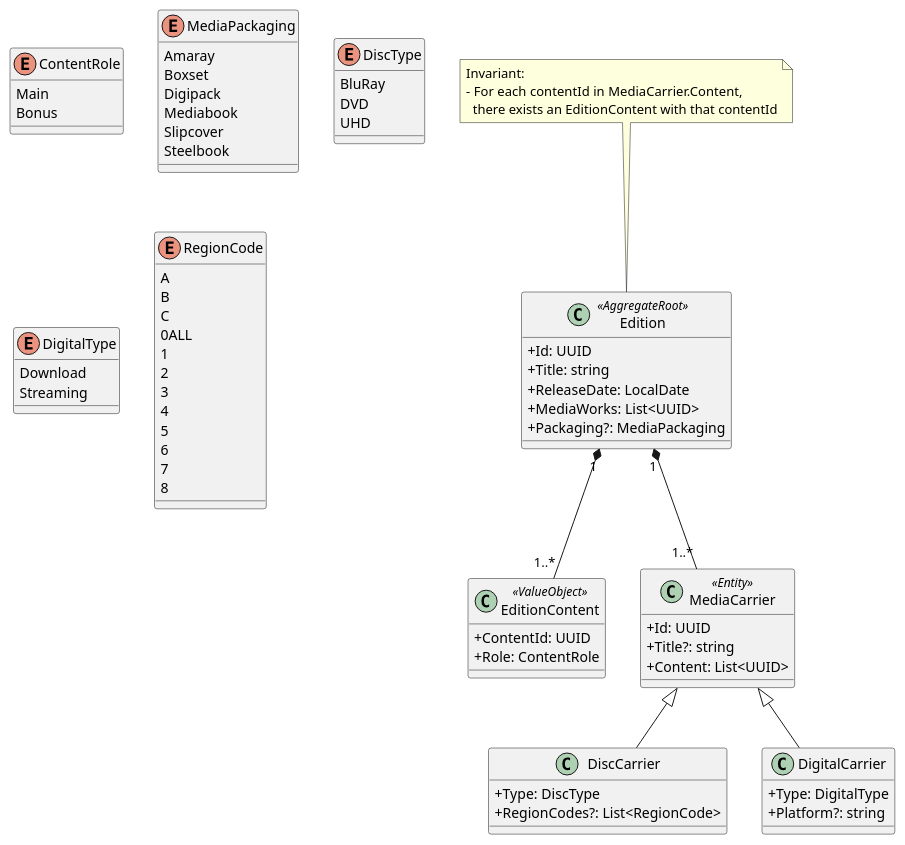
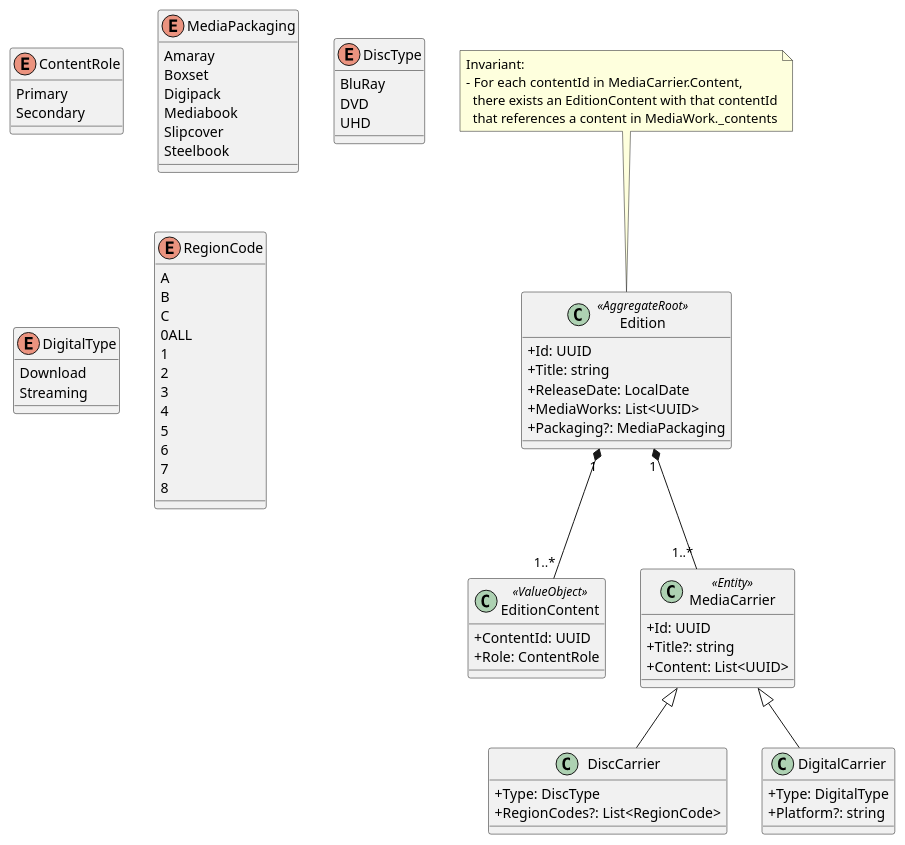
One commit to yantue/colleq changed the diagram in docs/uml/domain/domain-edition.puml. Above: the diagram before and after it, drawn with PlantUML. The commit also changed 1 other file, not shown here.

Commit message:
docs: Add MediaStructure instead of polymorphic MediaWork + Update concrete Content to PlayableContent instead of Movie/TV/Bonus

```diff
--- a/docs/uml/domain/domain-edition.puml
+++ b/docs/uml/domain/domain-edition.puml
@@ -1,87 +1,88 @@
 @startuml
 skinparam classAttributeIconSize 0
 
 class Edition <<AggregateRoot>> {
     +Id: UUID
     +Title: string
     +ReleaseDate: LocalDate
     +MediaWorks: List<UUID>
     +Packaging?: MediaPackaging
 }
 
 note top of Edition
 Invariant:
 - For each contentId in MediaCarrier.Content,
   there exists an EditionContent with that contentId
+  that references a content in MediaWork._contents
 end note
 
 class EditionContent <<ValueObject>> {
     +ContentId: UUID
     +Role: ContentRole
 }
 
 Edition "1" *-- "1..*" EditionContent
 
 enum ContentRole {
-    Main
-    Bonus
+    Primary
+    Secondary
 }
 
 class MediaCarrier <<Entity>> {
     +Id: UUID
     +Title?: string
     +Content: List<UUID>
 }
 
 Edition "1" *-- "1..*" MediaCarrier
 
 class DiscCarrier {
     +Type: DiscType
     +RegionCodes?: List<RegionCode>
 }
 
 MediaCarrier <|-- DiscCarrier
 
 class DigitalCarrier {
     +Type: DigitalType
     +Platform?: string
 }
 
 MediaCarrier <|-- DigitalCarrier
 
 enum MediaPackaging {
     Amaray
     Boxset
     Digipack
     Mediabook
     Slipcover
     Steelbook
 }
 
 enum DiscType {
     BluRay
     DVD
     UHD
 }
 
 enum DigitalType {
     Download
     Streaming
 }
 
 enum RegionCode {
     A
     B
     C
     0ALL
     1
     2
     3
     4
     5
     6
     7
     8
 }
 
 @enduml
```
